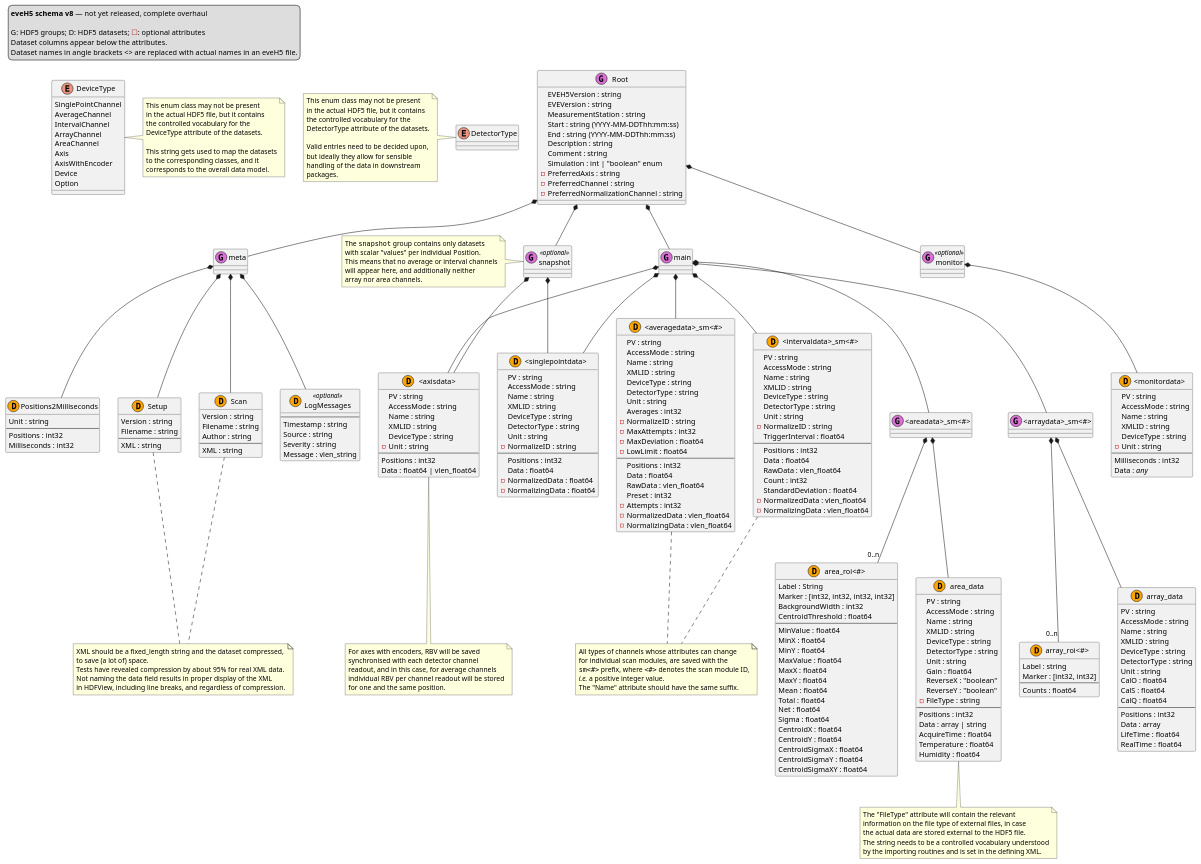
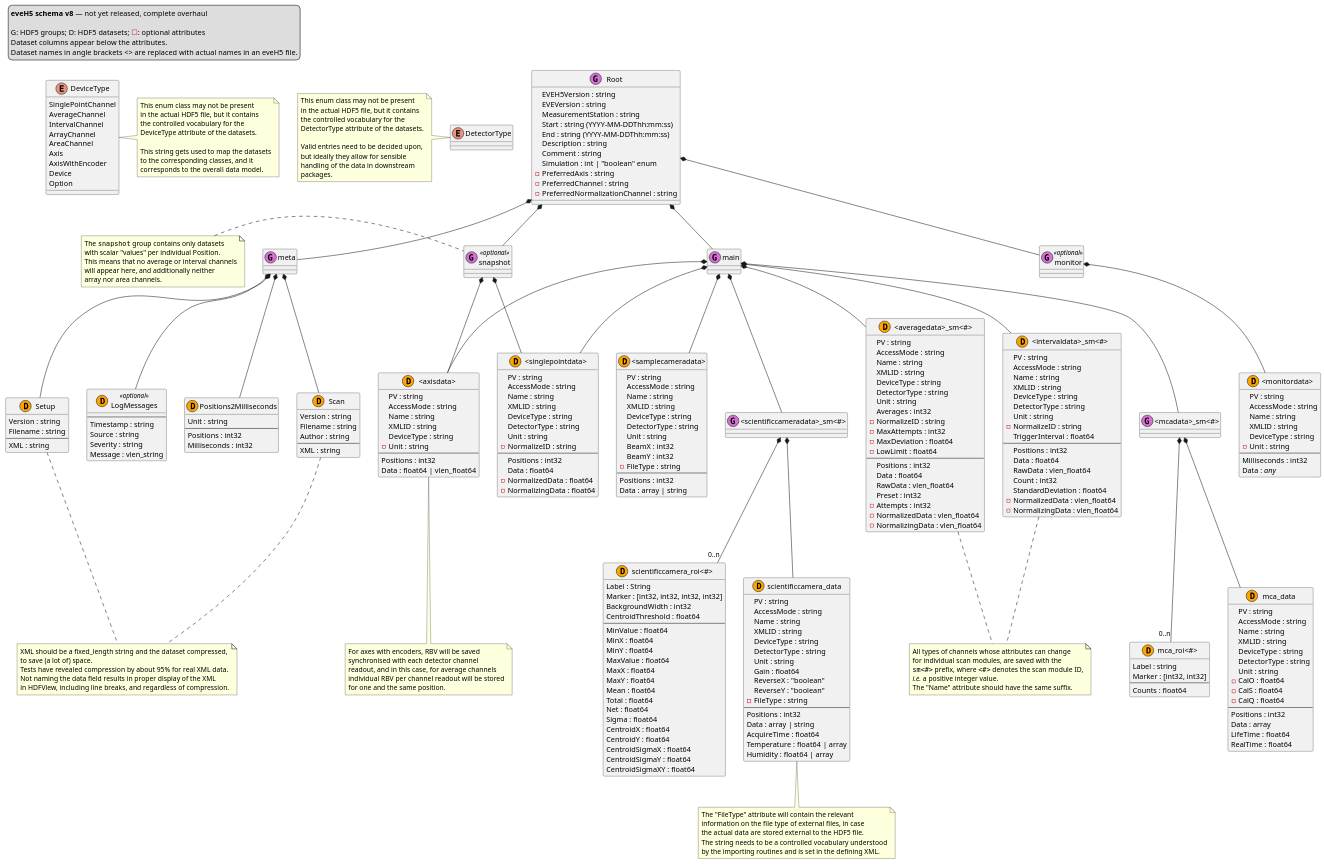
The diagram in docs/uml/eveh5-v8.puml (tillbiskup/evedata), drawn with PlantUML before and after one commit. The commit also changed 13 other files, not shown here.

```diff
--- a/docs/uml/eveh5-v8.puml
+++ b/docs/uml/eveh5-v8.puml
@@ -132,8 +132,9 @@
 main *-- "<singlepointdata>"
 main *-- "<averagedata>_sm<#>"
 main *-- "<intervaldata>_sm<#>"
-main *-- "<arraydata>_sm<#>"
-main *-- "<areadata>_sm<#>"
+main *-- "<mcadata>_sm<#>"
+main *-- "<samplecameradata>"
+main *-- "<scientificcameradata>_sm<#>"
 
 class "<averagedata>_sm<#>" << (D,orange) >> {
     PV : string
@@ -189,12 +190,12 @@
 "<intervaldata>_sm<#>" .. sm_channel_note
 "<averagedata>_sm<#>" .. sm_channel_note
 
-class "<arraydata>_sm<#>" << (G,orchid) >> {}
+class "<mcadata>_sm<#>" << (G,orchid) >> {}
 
-"<arraydata>_sm<#>" *-- array_data
-"<arraydata>_sm<#>" *-- "0..n" "array_roi<#>"
+"<mcadata>_sm<#>" *-- mca_data
+"<mcadata>_sm<#>" *-- "0..n" "mca_roi<#>"
 
-class "array_data" << (D,orange) >> {
+class "mca_data" << (D,orange) >> {
     PV : string
     AccessMode : string
     Name : string
@@ -202,9 +203,9 @@
     DeviceType : string
     DetectorType : string
     Unit : string
-    CalO : float64
-    CalS : float64
-    CalQ : float64
+    -CalO : float64
+    -CalS : float64
+    -CalQ : float64
     --
     Positions : int32
     Data : array
@@ -212,19 +213,35 @@
     RealTime : float64
 }
 
-class "array_roi<#>" << (D,orange) >> {
+class "mca_roi<#>" << (D,orange) >> {
     Label : string
     Marker : [int32, int32]
     --
     Counts : float64
 }
 
-class "<areadata>_sm<#>" << (G,orchid) >> {}
+class "<samplecameradata>" << (D,orange) >> {
+    PV : string
+    AccessMode : string
+    Name : string
+    XMLID : string
+    DeviceType : string
+    DetectorType : string
+    Unit : string
+    BeamX : int32
+    BeamY : int32
+    - FileType : string
+    --
+    Positions : int32
+    Data : array | string
+}
 
-"<areadata>_sm<#>" *-- area_data
-"<areadata>_sm<#>" *-- "0..n" "area_roi<#>"
+class "<scientificcameradata>_sm<#>" << (G,orchid) >> {}
 
-class area_data << (D,orange) >> {
+"<scientificcameradata>_sm<#>" *-- scientificcamera_data
+"<scientificcameradata>_sm<#>" *-- "0..n" "scientificcamera_roi<#>"
+
+class scientificcamera_data << (D,orange) >> {
     PV : string
     AccessMode : string
     Name : string
@@ -240,11 +257,11 @@
     Positions : int32
     Data : array | string
     AcquireTime : float64
-    Temperature : float64
-    Humidity : float64
+    Temperature : float64 | array
+    Humidity : float64 | array
 }
 
-note bottom of area_data
+note bottom of scientificcamera_data
     The "FileType" attribute will contain the relevant
     information on the file type of external files, in case
     the actual data are stored external to the HDF5 file.
@@ -252,7 +269,7 @@
     by the importing routines and is set in the defining XML.
 endnote
 
-class "area_roi<#>" << (D,orange) >> {
+class "scientificcamera_roi<#>" << (D,orange) >> {
     Label : String
     Marker : [int32, int32, int32, int32]
     BackgroundWidth : int32
```
